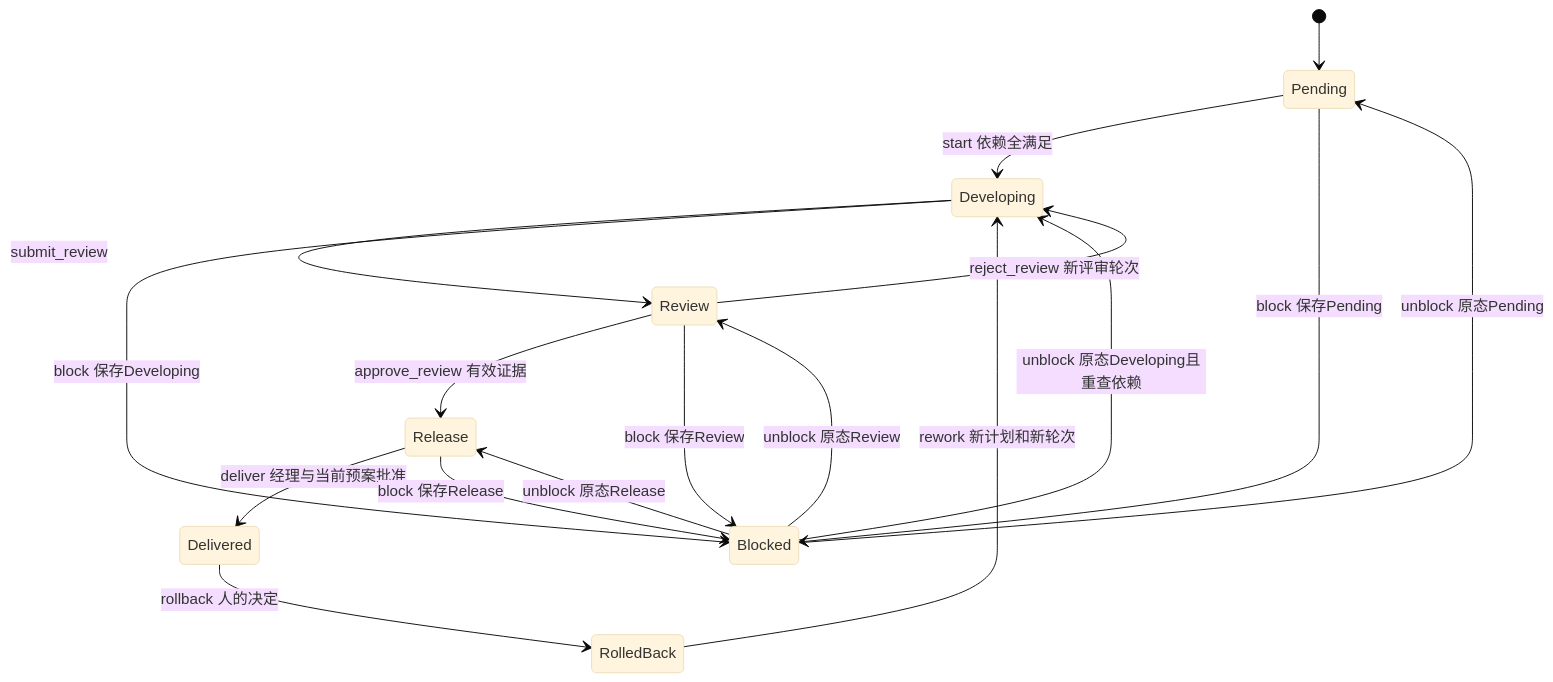
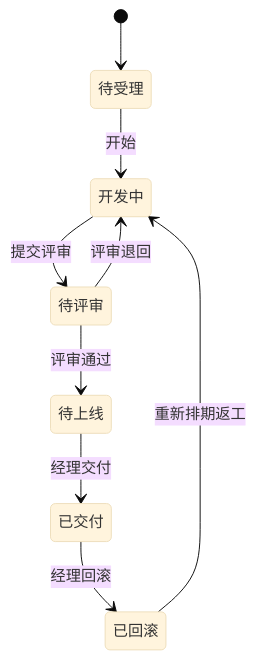
The third of 4 diagrams in reports/final/requirements-report.md (HJY147/t44-dev-trace), drawn with Mermaid (base theme) before and after one commit. The commit also changed other lines of this file and 56 other files, not shown here.

Commit message:
docs: render eight traceable requirement and design diagrams with corrected semantics

````diff
--- a/reports/final/requirements-report.md
+++ b/reports/final/requirements-report.md
@@ -99,19 +102,18 @@
 ```mermaid
 stateDiagram-v2
+  direction TB
+  state "待受理" as Pending
+  state "开发中" as Developing
+  state "待评审" as Review
+  state "待上线" as Release
+  state "已交付" as Delivered
+  state "已回滚" as RolledBack
   [*] --> Pending
-  Pending --> Developing: start 依赖全满足
-  Developing --> Review: submit_review
-  Review --> Release: approve_review 有效证据
-  Review --> Developing: reject_review 新评审轮次
-  Release --> Delivered: deliver 经理与当前预案批准
-  Delivered --> RolledBack: rollback 人的决定
-  RolledBack --> Developing: rework 新计划和新轮次
-  Pending --> Blocked: block 保存Pending
-  Developing --> Blocked: block 保存Developing
-  Review --> Blocked: block 保存Review
-  Release --> Blocked: block 保存Release
-  Blocked --> Pending: unblock 原态Pending
-  Blocked --> Developing: unblock 原态Developing且重查依赖
-  Blocked --> Review: unblock 原态Review
-  Blocked --> Release: unblock 原态Release
+  Pending --> Developing: 开始
+  Developing --> Review: 提交评审
+  Review --> Release: 评审通过
+  Review --> Developing: 评审退回
+  Release --> Delivered: 经理交付
+  Delivered --> RolledBack: 经理回滚
+  RolledBack --> Developing: 重新排期返工
 ```
````
